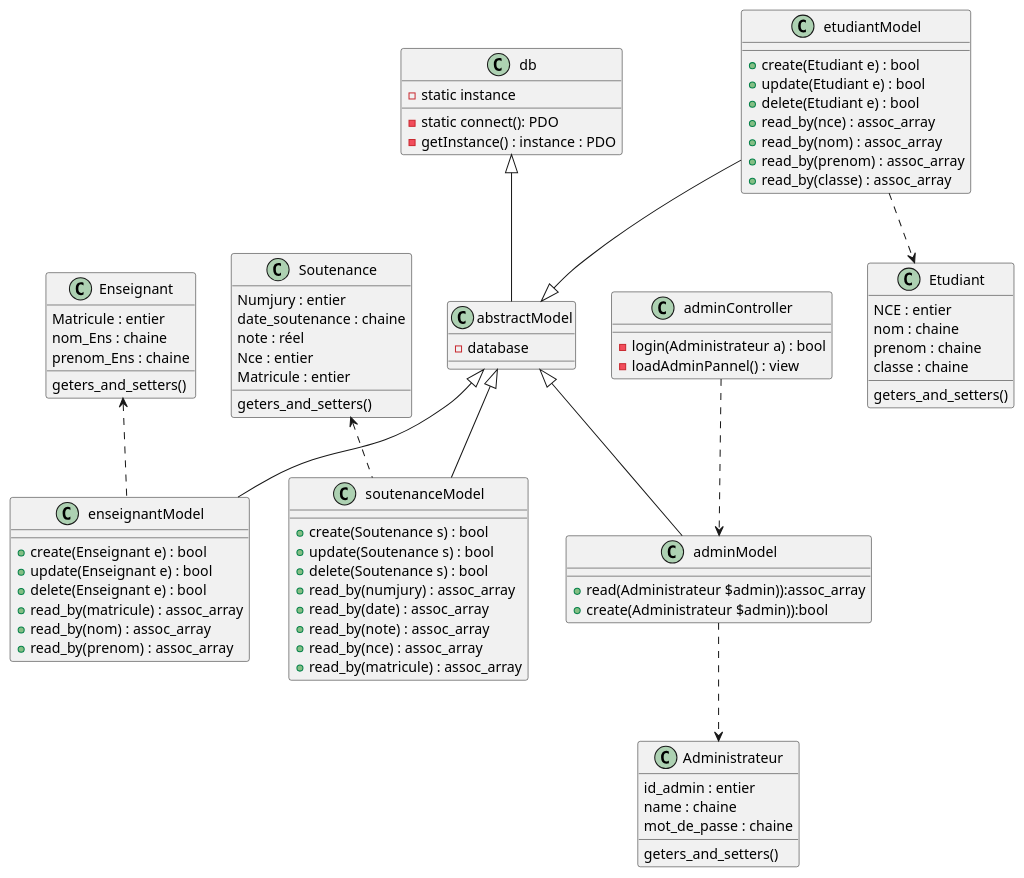
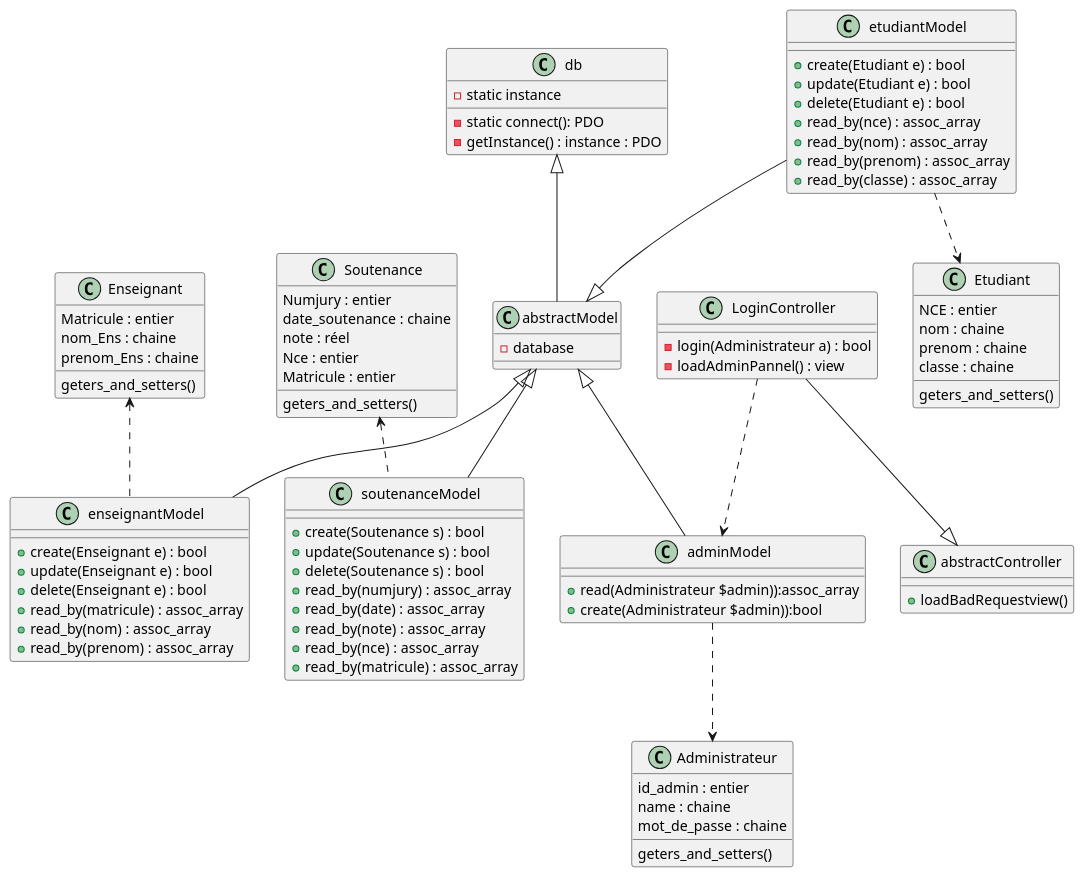
One commit to Hsouna-M/Gestion_des_Stage changed the diagram in etc/classDiagram.plantuml. Above: the diagram before and after it, drawn with PlantUML. The commit also changed 22 other files, not shown here.

```diff
--- a/etc/classDiagram.plantuml
+++ b/etc/classDiagram.plantuml
@@ -1,98 +1,104 @@
 @startuml Gestion de Stage
 
 class db {
   - static instance 
   - static connect(): PDO
   - getInstance() : instance : PDO
 }
 
 class abstractModel{
   - database  
 }
 
 db <|-- abstractModel 
 
 class etudiantModel{
   + create(Etudiant e) : bool
   + update(Etudiant e) : bool
   + delete(Etudiant e) : bool
   + read_by(nce) : assoc_array  
   + read_by(nom) : assoc_array  
   + read_by(prenom) : assoc_array  
   + read_by(classe) : assoc_array  
 }
  
  etudiantModel ..> Etudiant
  etudiantModel --|> abstractModel 
 
 class Etudiant {
   NCE : entier
   nom : chaine
   prenom : chaine
   classe : chaine
   geters_and_setters()
   }
 
 class Enseignant {
   Matricule : entier
   nom_Ens : chaine
   prenom_Ens : chaine
   geters_and_setters()
   }
 
 class enseignantModel{
   + create(Enseignant e) : bool
   + update(Enseignant e) : bool
   + delete(Enseignant e) : bool
   + read_by(matricule) : assoc_array  
   + read_by(nom) : assoc_array  
   + read_by(prenom) : assoc_array  
 }
 
 class Soutenance {
   Numjury : entier
   date_soutenance : chaine
   note : réel
   Nce : entier
   Matricule : entier  
   geters_and_setters()
 }
 
 class soutenanceModel{
   + create(Soutenance s) : bool
   + update(Soutenance s) : bool
   + delete(Soutenance s) : bool
   + read_by(numjury) : assoc_array  
   + read_by(date) : assoc_array  
   + read_by(note) : assoc_array  
   + read_by(nce) : assoc_array  
   + read_by(matricule) : assoc_array  
 }
 
 class Administrateur {
   id_admin : entier
   name : chaine
   mot_de_passe : chaine
   geters_and_setters()
 }
 
 class adminModel{
   + read(Administrateur $admin)):assoc_array  
   + create(Administrateur $admin)):bool  
 }
 
-adminController ..> adminModel
+LoginController ..> adminModel
 abstractModel <|-- adminModel
 abstractModel <|-- soutenanceModel 
 abstractModel <|-- enseignantModel 
 Enseignant <.. enseignantModel 
 Soutenance <.. soutenanceModel 
 
-class adminController{
+class LoginController{
   - login(Administrateur a) : bool
   - loadAdminPannel() : view
 }
 
 adminModel ..> Administrateur
 
+class abstractController{
+  + loadBadRequestview() 
+}
+
+LoginController --|> abstractController
+
 @enduml
```
